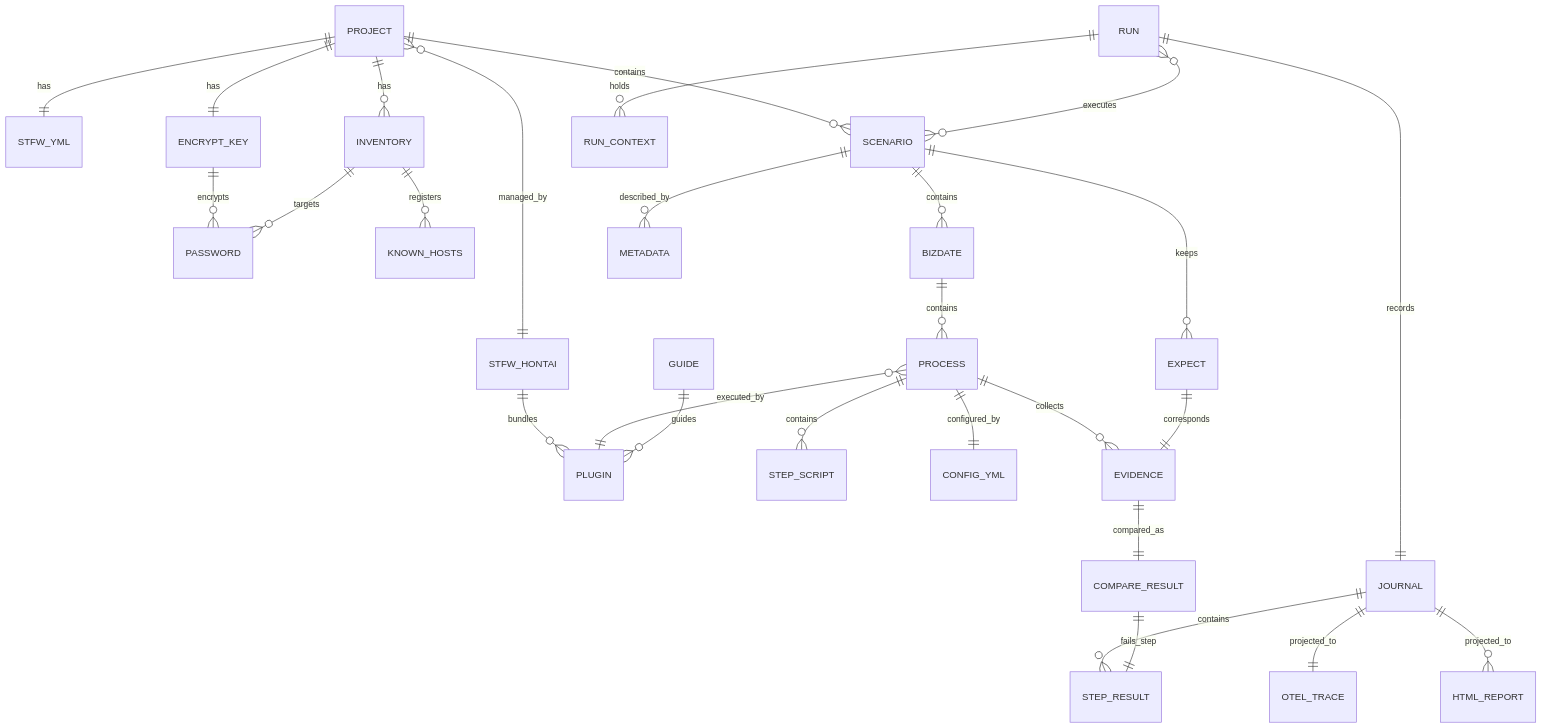
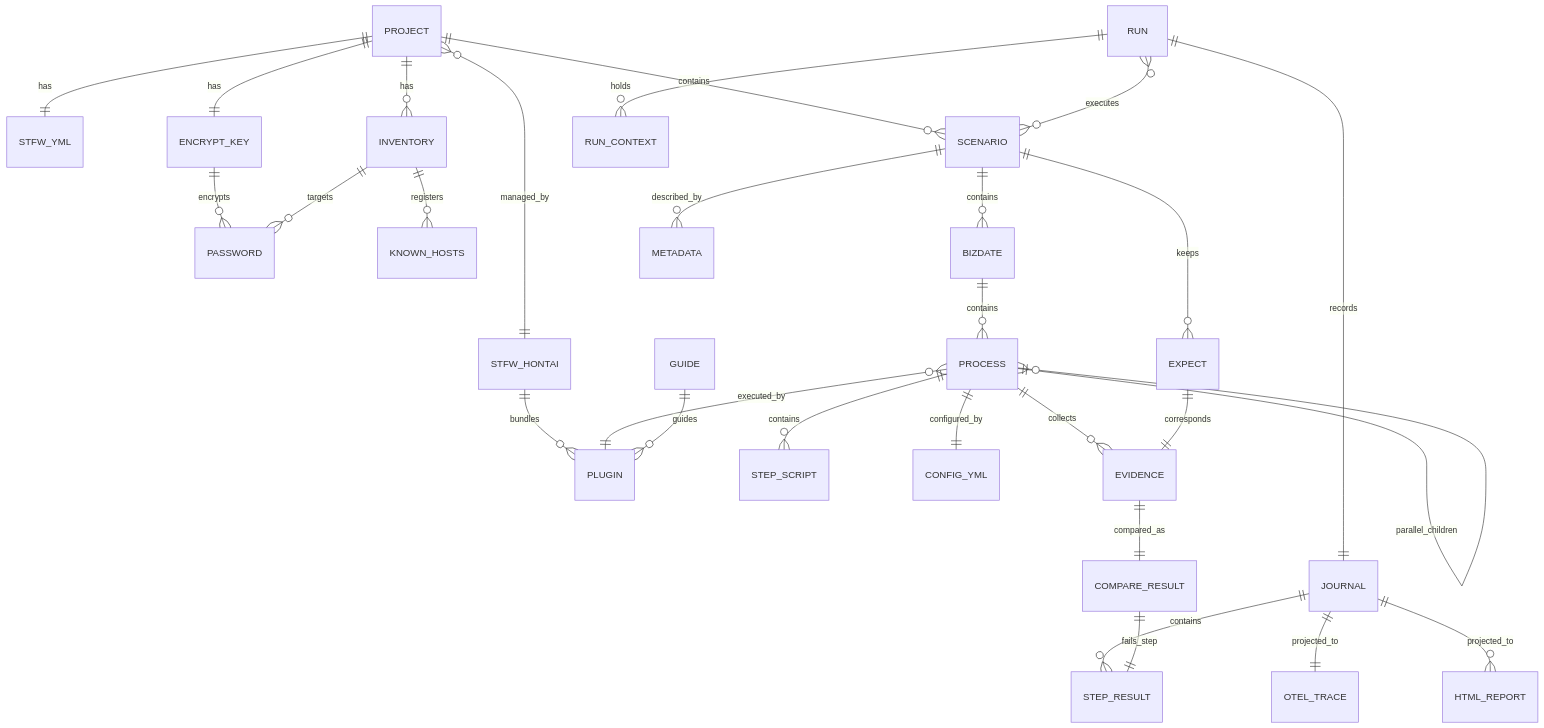
The fifth of 5 diagrams in docs/arch/latest/arch-design.md (scenario-test-framework/stfw), drawn with Mermaid before and after one commit. The commit also changed other lines of this file and 42 other files, not shown here.

````diff
--- a/docs/arch/latest/arch-design.md
+++ b/docs/arch/latest/arch-design.md
@@ -411,30 +412,31 @@
 ```mermaid
 erDiagram
 STFW_HONTAI ||--o{ PLUGIN : bundles
 PROJECT }o--|| STFW_HONTAI : managed_by
 PROJECT ||--|| STFW_YML : has
 PROJECT ||--o{ INVENTORY : has
 PROJECT ||--|| ENCRYPT_KEY : has
 ENCRYPT_KEY ||--o{ PASSWORD : encrypts
 INVENTORY ||--o{ PASSWORD : targets
 INVENTORY ||--o{ KNOWN_HOSTS : registers
 PROJECT ||--o{ SCENARIO : contains
 SCENARIO ||--o{ BIZDATE : contains
 BIZDATE ||--o{ PROCESS : contains
+PROCESS ||--o{ PROCESS : parallel_children
 PROCESS ||--o{ STEP_SCRIPT : contains
 PROCESS ||--|| CONFIG_YML : configured_by
 PROCESS }o--|| PLUGIN : executed_by
 SCENARIO ||--o{ METADATA : described_by
 RUN }o--o{ SCENARIO : executes
 RUN ||--|| JOURNAL : records
 RUN ||--o{ RUN_CONTEXT : holds
 JOURNAL ||--o{ STEP_RESULT : contains
 JOURNAL ||--|| OTEL_TRACE : projected_to
 JOURNAL ||--o{ HTML_REPORT : projected_to
 SCENARIO ||--o{ EXPECT : keeps
 PROCESS ||--o{ EVIDENCE : collects
 EXPECT ||--|| EVIDENCE : corresponds
 EVIDENCE ||--|| COMPARE_RESULT : compared_as
 COMPARE_RESULT ||--|| STEP_RESULT : fails_step
 GUIDE ||--o{ PLUGIN : guides
 ```
````
